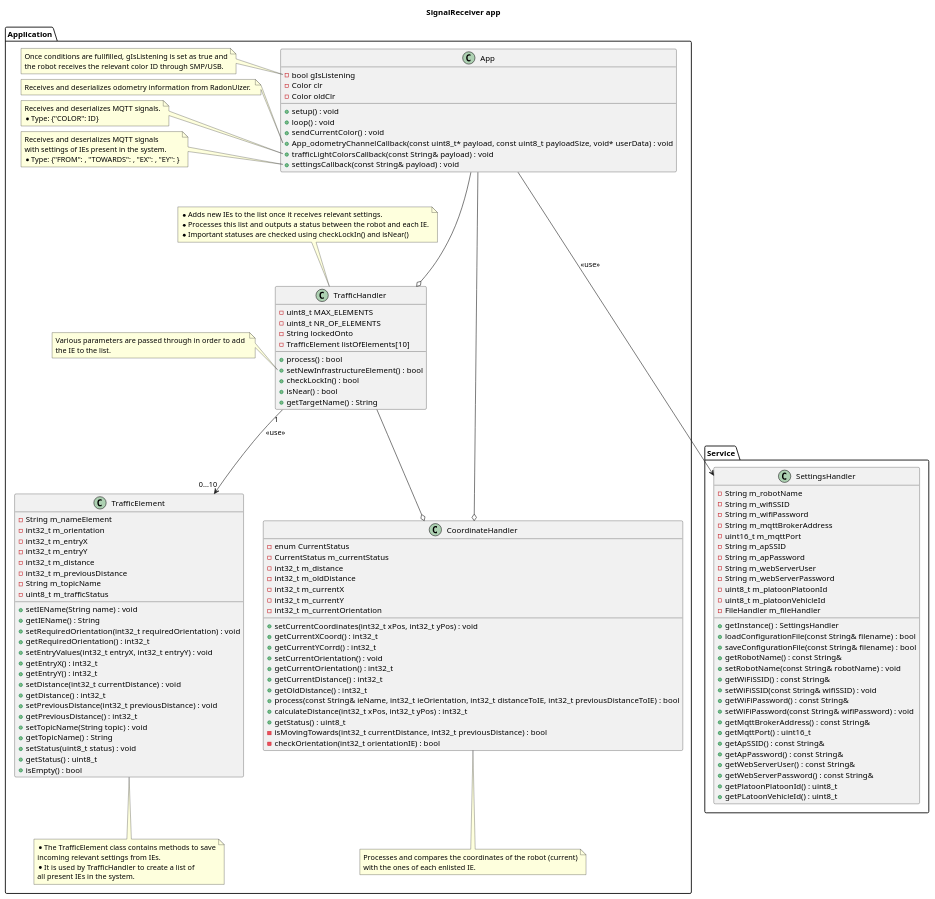
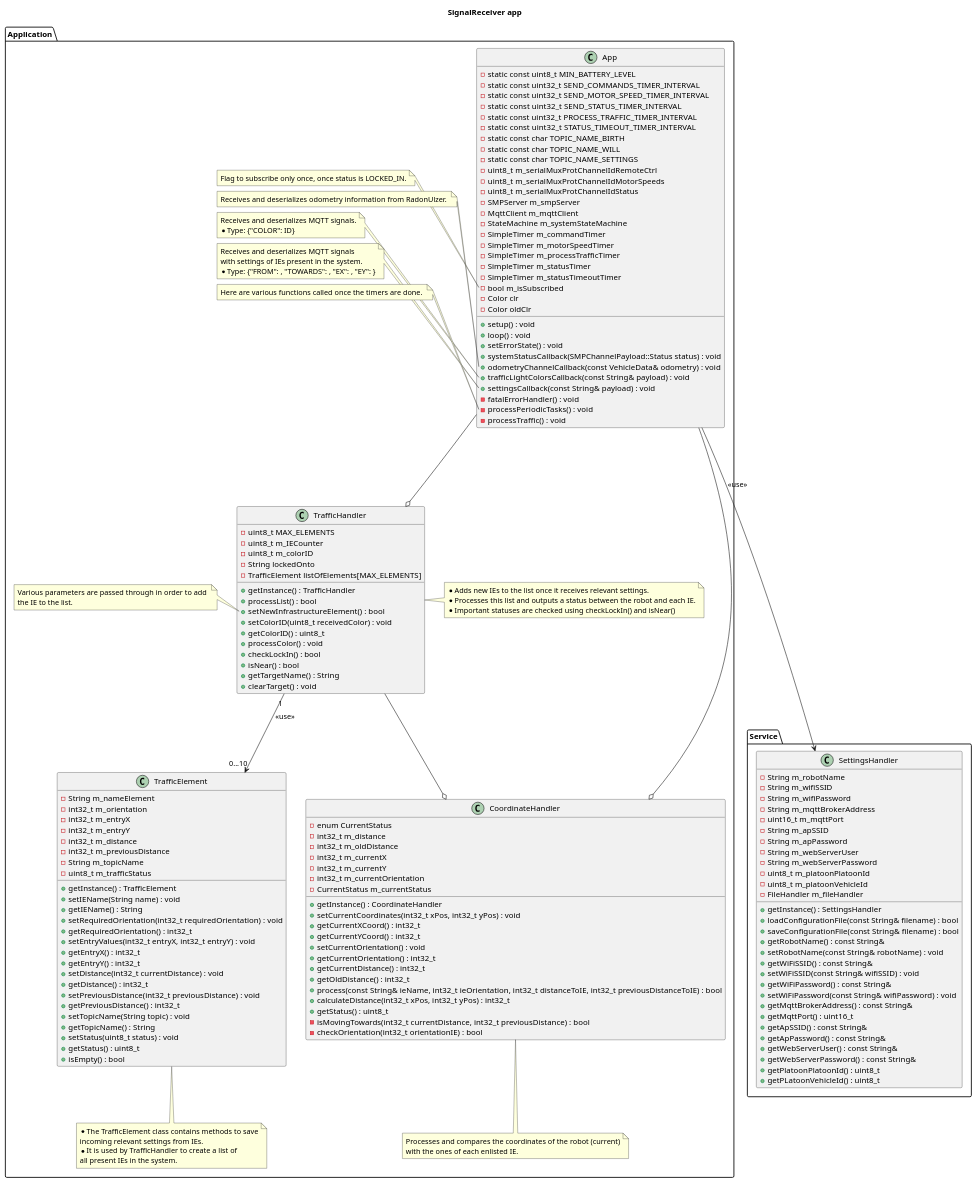
The diagram in doc/architecture/uml/LogicalView/SignalReceiver/Application.puml (BlueAndi/DroidControlShip), drawn with PlantUML before and after one commit.

Commit message:
Updated class diagram to fit new architecture.

```diff
--- a/doc/architecture/uml/LogicalView/SignalReceiver/Application.puml
+++ b/doc/architecture/uml/LogicalView/SignalReceiver/Application.puml
@@ -5,23 +5,46 @@
 package "Application" as appLayer {
 
     class App {
-        - bool gIsListening
+        - static const uint8_t MIN_BATTERY_LEVEL 
+        - static const uint32_t SEND_COMMANDS_TIMER_INTERVAL
+        - static const uint32_t SEND_MOTOR_SPEED_TIMER_INTERVAL
+        - static const uint32_t SEND_STATUS_TIMER_INTERVAL
+        - static const uint32_t PROCESS_TRAFFIC_TIMER_INTERVAL
+        - static const uint32_t STATUS_TIMEOUT_TIMER_INTERVAL
+        - static const char TOPIC_NAME_BIRTH
+        - static const char TOPIC_NAME_WILL
+        - static const char TOPIC_NAME_SETTINGS
+        - uint8_t m_serialMuxProtChannelIdRemoteCtrl
+        - uint8_t m_serialMuxProtChannelIdMotorSpeeds
+        - uint8_t m_serialMuxProtChannelIdStatus
+        - SMPServer m_smpServer
+        - MqttClient m_mqttClient
+        - StateMachine m_systemStateMachine
+        - SimpleTimer m_commandTimer
+        - SimpleTimer m_motorSpeedTimer 
+        - SimpleTimer m_processTrafficTimer 
+        - SimpleTimer m_statusTimer
+        - SimpleTimer m_statusTimeoutTimer 
+        - bool m_isSubscribed
         - Color clr 
         - Color oldClr
         + setup() : void
         + loop() : void
-        + sendCurrentColor() : void
-        + App_odometryChannelCallback(const uint8_t* payload, const uint8_t payloadSize, void* userData) : void
+        + setErrorState() : void 
+        + systemStatusCallback(SMPChannelPayload::Status status) : void
+        + odometryChannelCallback(const VehicleData& odometry) : void
         + trafficLightColorsCallback(const String& payload) : void
         + settingsCallback(const String& payload) : void
+        - fatalErrorHandler() : void
+        - processPeriodicTasks() : void 
+        - processTraffic() : void 
     }
 
-    note left of App::gIsListening
-        Once conditions are fullfilled, gIsListening is set as true and
-        the robot receives the relevant color ID through SMP/USB.
+    note left of App::m_isSubscribed
+        Flag to subscribe only once, once status is LOCKED_IN.
     end note
 
-    note left of App::App_odometryChannelCallback
+    note left of App::odometryChannelCallback
         Receives and deserializes odometry information from RadonUlzer. 
     end note
 
@@ -36,6 +59,10 @@
         * Type: {"FROM": , "TOWARDS": , "EX": , "EY": }
     end note
 
+    note left of App::processPeriodicTasks()
+        Here are various functions called once the timers are done. 
+    end note 
+
     class "TrafficElement" as te 
     {
         -String m_nameElement
@@ -46,6 +73,7 @@
         -int32_t m_previousDistance
         -String m_topicName
         -uint8_t m_trafficStatus
+        +getInstance() : TrafficElement
         +setIEName(String name) : void
         +getIEName() : String
         +setRequiredOrientation(int32_t requiredOrientation) : void
@@ -74,17 +102,23 @@
     class "TrafficHandler" as th 
     {
         -uint8_t MAX_ELEMENTS
-        -uint8_t NR_OF_ELEMENTS
+        -uint8_t m_IECounter
+        -uint8_t m_colorID
         -String lockedOnto
-        -TrafficElement listOfElements[10]
-        +process() : bool
+        -TrafficElement listOfElements[MAX_ELEMENTS]
+        +getInstance() : TrafficHandler 
+        +processList() : bool
         +setNewInfrastructureElement() : bool
+        +setColorID(uint8_t receivedColor) : void 
+        +getColorID() : uint8_t
+        +processColor() : void 
         +checkLockIn() : bool
         +isNear() : bool
         +getTargetName() : String
+        +clearTarget() : void 
     }
 
-    note top of th
+    note right of th
         * Adds new IEs to the list once it receives relevant settings.
         * Processes this list and outputs a status between the robot and each IE.
         * Important statuses are checked using checkLockIn() and isNear()
@@ -98,15 +132,16 @@
     class "CoordinateHandler" as ch 
     {
         -enum CurrentStatus
-        -CurrentStatus m_currentStatus
         -int32_t m_distance
         -int32_t m_oldDistance
         -int32_t m_currentX
         -int32_t m_currentY
         -int32_t m_currentOrientation
+        -CurrentStatus m_currentStatus
+        +getInstance() : CoordinateHandler 
         +setCurrentCoordinates(int32_t xPos, int32_t yPos) : void
         +getCurrentXCoord() : int32_t 
-        +getCurrentYCorrd() : int32_t
+        +getCurrentYCoord() : int32_t
         +setCurrentOrientation() : void
         +getCurrentOrientation() : int32_t
         +getCurrentDistance() : int32_t
```
